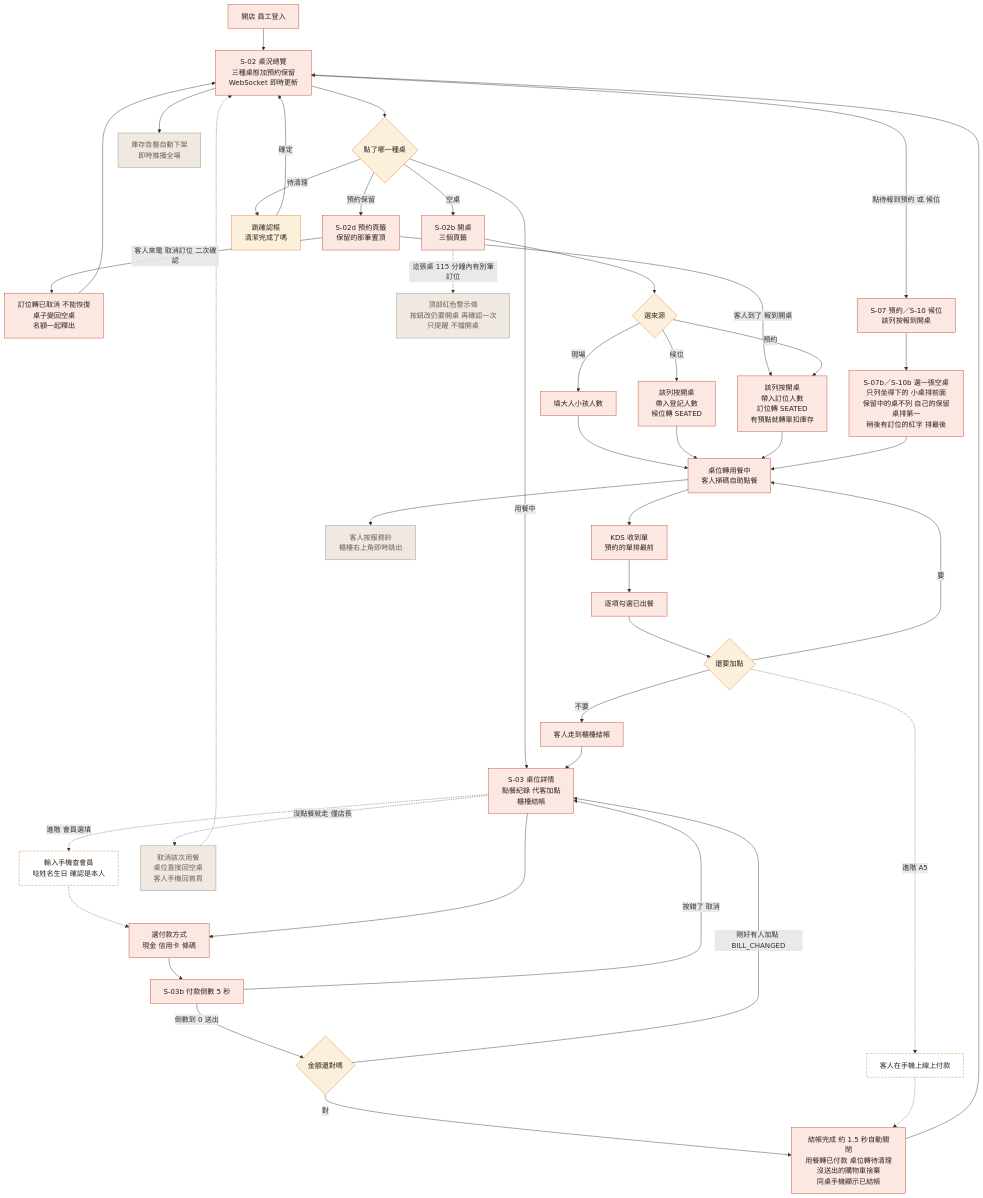
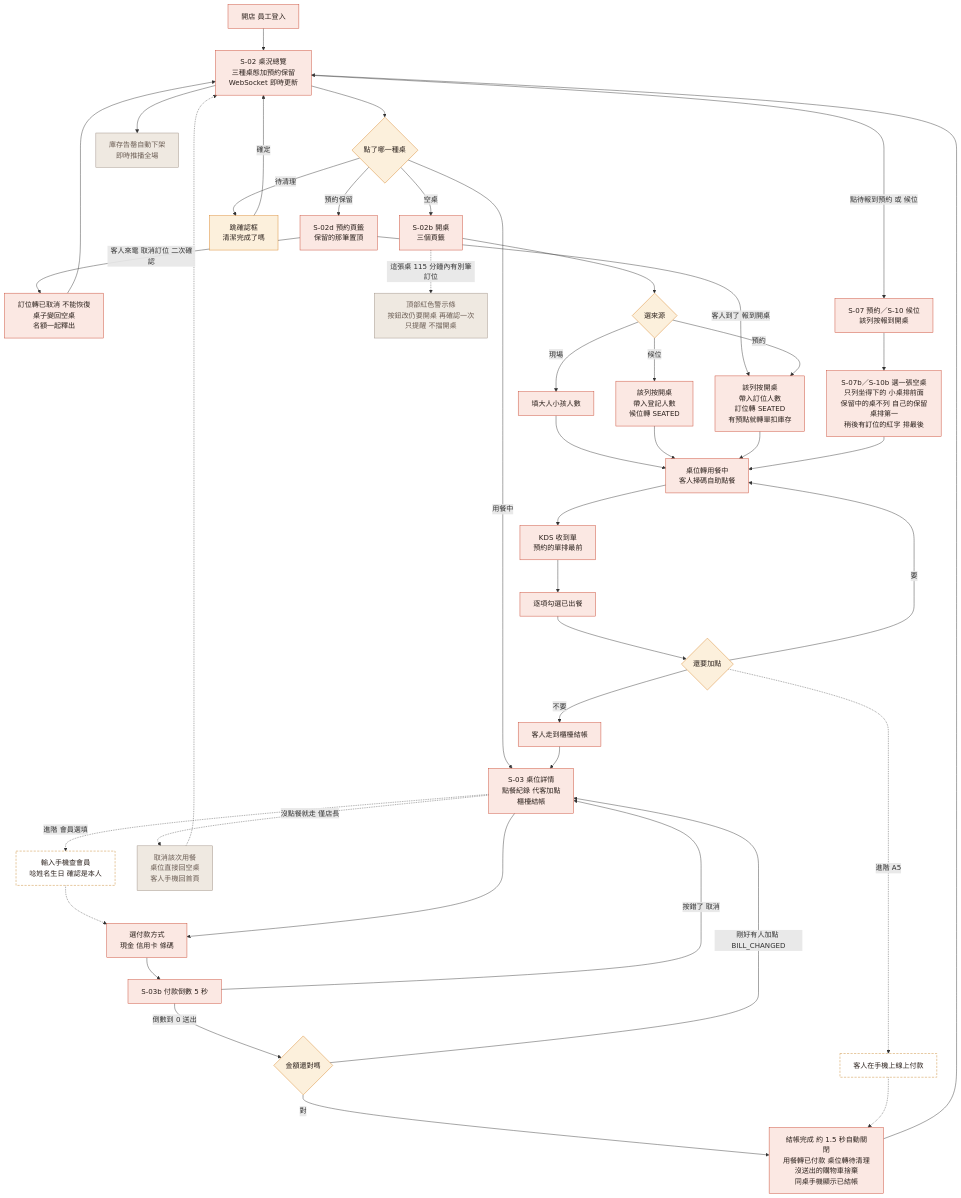
The second of 3 diagrams in docs/ui/10-UI-UX規格.md (harry-wann/smart-order), drawn with Mermaid before and after one commit. The commit also changed other lines of this file and 19 other files, not shown here.

````diff
--- a/docs/ui/10-UI-UX規格.md
+++ b/docs/ui/10-UI-UX規格.md
@@ -1025,58 +1015,57 @@
 ```mermaid
 flowchart TD
     A["開店 員工登入"] --> C["S-02 桌況總覽<br/>三種桌態加預約保留<br/>WebSocket 即時更新"]
     C --> T{"點了哪一種桌"}
 
     T -->|空桌| O["S-02b 開桌<br/>三個頁籤"]
     T -->|預約保留| RH["S-02d 預約頁籤<br/>保留的那筆置頂"]
     RH -->|客人到了 報到開桌| F
     RH -->|客人來電 取消訂位 二次確認| RL["訂位轉已取消 不能恢復<br/>桌子變回空桌<br/>名額一起釋出"]
     RL --> C
     O --> O1{"選來源"}
     O1 -->|現場| E["填大人小孩人數"]
     O1 -->|候位| W["該列按開桌<br/>帶入登記人數<br/>候位轉 SEATED"]
     O1 -->|預約| F["該列按開桌<br/>帶入訂位人數<br/>訂位轉 SEATED<br/>有預點就轉單扣庫存"]
     O -.->|這張桌 115 分鐘內有別筆訂位| WARN["頂部紅色警示條<br/>按鈕改仍要開桌 再確認一次<br/>只提醒 不擋開桌"]
     E --> G["桌位轉用餐中<br/>客人掃碼自助點餐"]
     W --> G
     F --> G
 
     C -->|點待報到預約 或 候位| P7["S-07 預約／S-10 候位<br/>該列按報到開桌"]
     P7 --> P7B["S-07b／S-10b 選一張空桌<br/>只列坐得下的 小桌排前面<br/>保留中的桌不列 自己的保留桌排第一<br/>稍後有訂位的紅字 排最後"]
     P7B --> G
 
     T -->|用餐中| S3["S-03 桌位詳情<br/>點餐紀錄 代客加點<br/>櫃檯結帳"]
     T -->|待清理| CL["跳確認框<br/>清潔完成了嗎"]
     CL -->|確定| C
 
     G --> H["KDS 收到單<br/>預約的單排最前"]
     H --> I["逐項勾選已出餐"]
     I --> J{"還要加點"}
     J -->|要| G
     J -->|不要| K["客人走到櫃檯結帳"]
     K --> S3
     S3 -.->|進階 會員選填| MB["輸入手機查會員<br/>唸姓名生日 確認是本人"]
     MB -.-> PM
     S3 --> PM["選付款方式<br/>現金 信用卡 條碼"]
     PM --> CD["S-03b 付款倒數 5 秒"]
     CD -->|按錯了 取消| S3
     CD -->|倒數到 0 送出| K1{"金額還對嗎"}
     K1 -->|剛好有人加點 BILL_CHANGED| S3
     K1 -->|對| L["結帳完成 約 1.5 秒自動關閉<br/>用餐轉已付款 桌位轉待清理<br/>沒送出的購物車捨棄<br/>同桌手機顯示已結帳"]
     L --> C
     S3 -.->|沒點餐就走 僅店長| CX["取消該次用餐<br/>桌位直接回空桌<br/>客人手機回首頁"]
     CX -.-> C
     J -.->|進階 A5| PAY["客人在手機上線上付款"]
     PAY -.-> L
     C --> N["庫存告罄自動下架<br/>即時推播全場"]
-    G --> SV["客人按服務鈴<br/>櫃檯右上角即時跳出"]
 
     classDef ok fill:#FBE8E3,stroke:#C8442E,color:#2B211C
     classDef warn fill:#FCF0DC,stroke:#D98324,color:#2B211C
     classDef quiet fill:#EFE9E1,stroke:#9C8E84,color:#6B5D54
     classDef adv fill:#FFFFFF,stroke:#C9862A,stroke-dasharray:5 3,color:#2B211C
     class A,C,O,E,W,F,G,H,I,K,L,S3,P7,P7B,RH,RL,PM,CD ok
     class T,O1,J,CL,K1 warn
-    class WARN,N,SV,CX quiet
+    class WARN,N,CX quiet
     class PAY,MB adv
 ```
````
